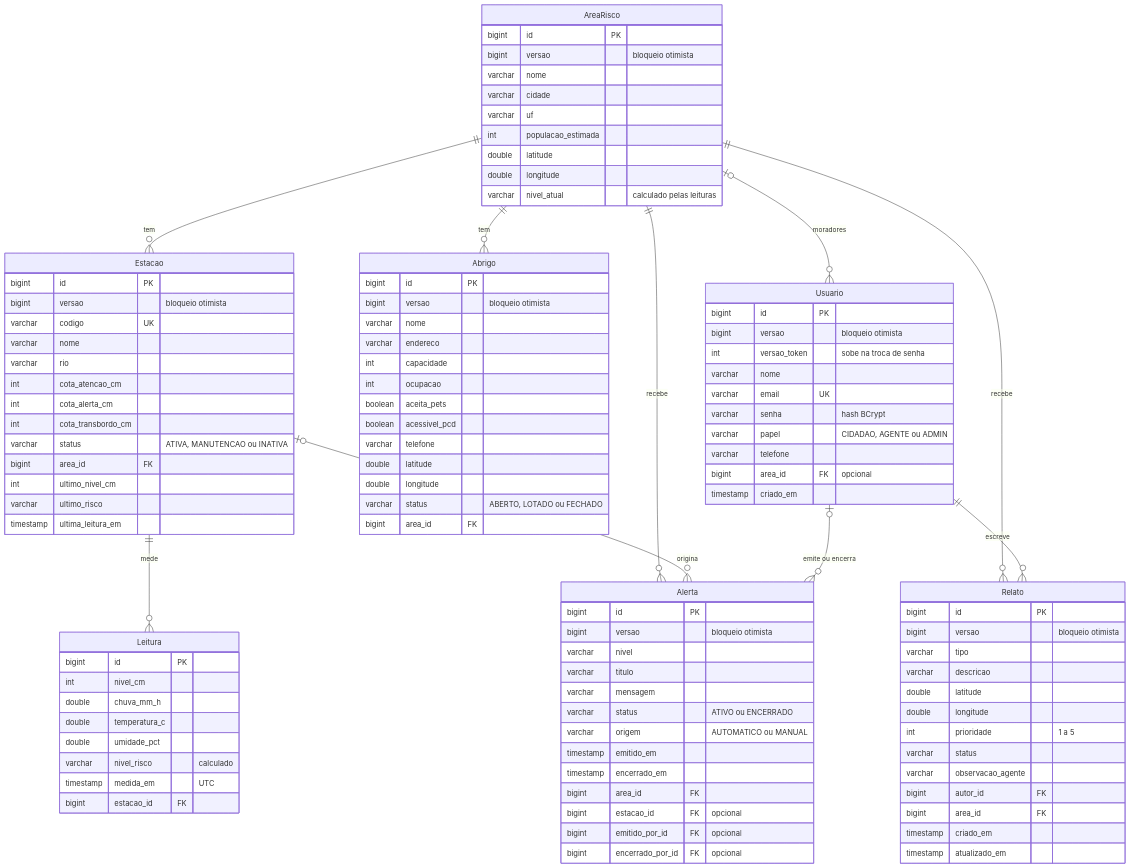
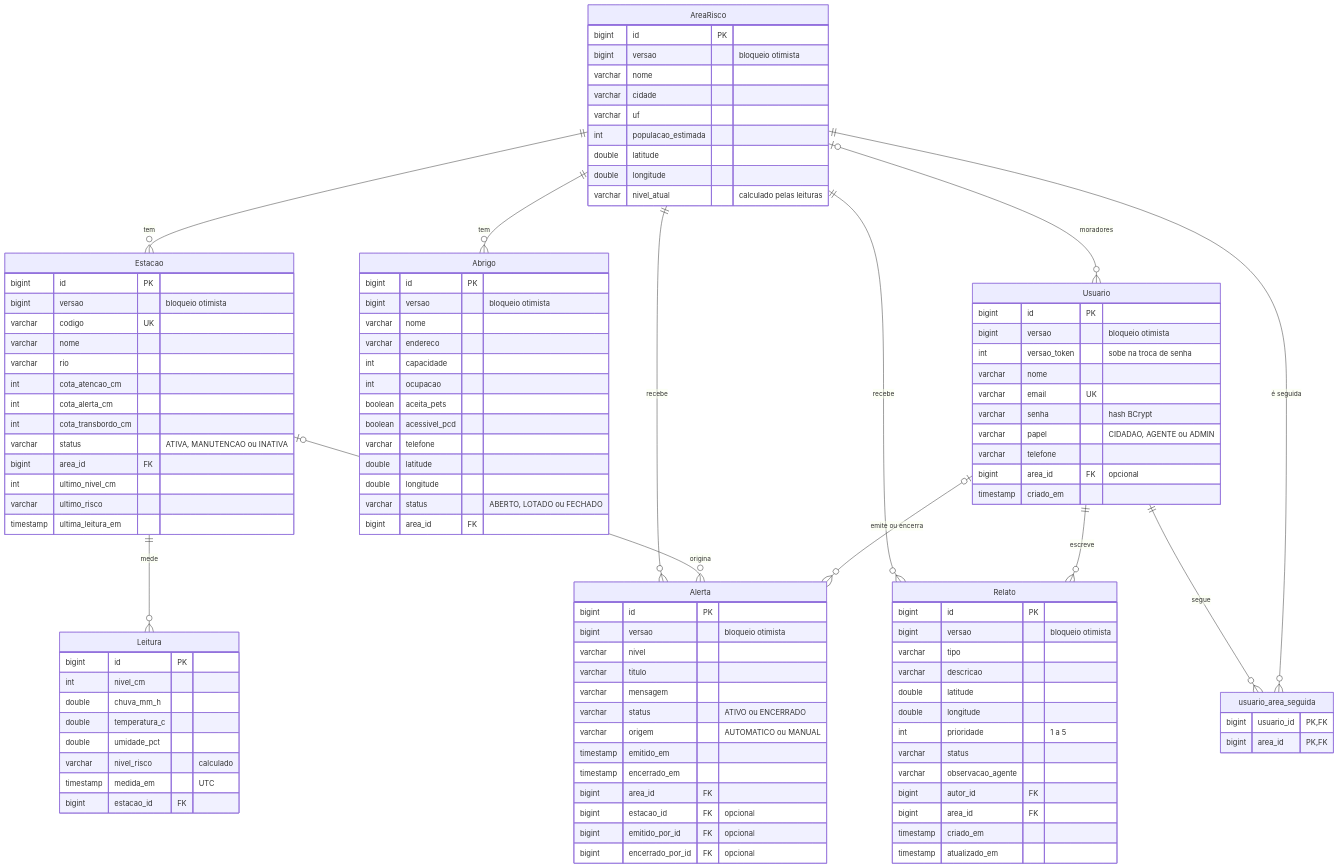
One commit to Raphael-Sinelli/guardario-api changed the diagram in README.md. Above: the diagram before and after it, drawn with Mermaid. The commit also changed other lines of this file and 1 other file, not shown here.

```diff
--- a/README.md
+++ b/README.md
@@ -148,6 +149,8 @@
     Estacao |o--o{ Alerta : "origina"
     Usuario ||--o{ Relato : "escreve"
     Usuario |o--o{ Alerta : "emite ou encerra"
+    Usuario ||--o{ usuario_area_seguida : "segue"
+    AreaRisco ||--o{ usuario_area_seguida : "é seguida"
 
     Usuario {
         bigint id PK
@@ -160,6 +163,10 @@
         varchar telefone
         bigint area_id FK "opcional"
         timestamp criado_em
+    }
+    usuario_area_seguida {
+        bigint usuario_id PK, FK
+        bigint area_id PK, FK
     }
     AreaRisco {
         bigint id PK
```
